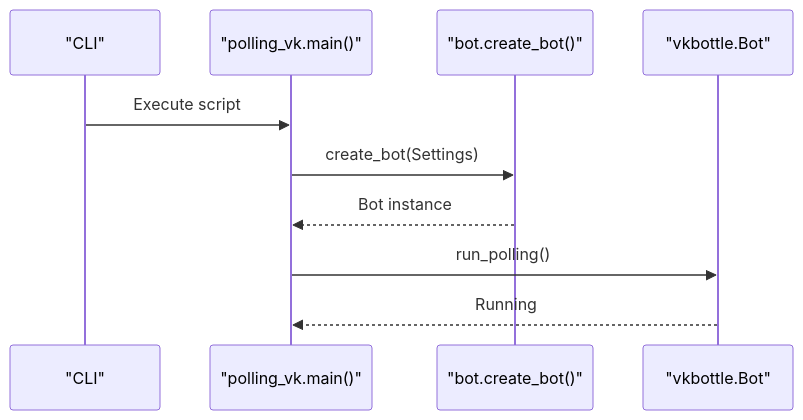
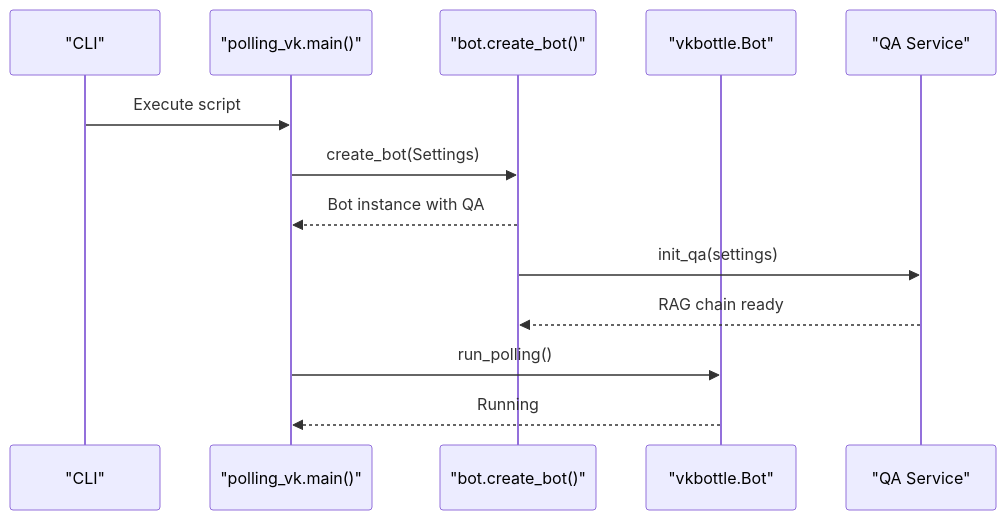
Before and after one commit to ognelis/cafetera_hr_bot: the ninth of 10 diagrams in .qoder/repowiki/en/content/VK Integration/VK Integration.md, drawn with Mermaid. The commit also changed other lines of this file and 8 other files, not shown here.

````diff
--- a/.qoder/repowiki/en/content/VK Integration/VK Integration.md
+++ b/.qoder/repowiki/en/content/VK Integration/VK Integration.md
@@ -269,12 +418,15 @@
 ```mermaid
 sequenceDiagram
 participant CLI as "CLI"
 participant Runner as "polling_vk.main()"
 participant Factory as "bot.create_bot()"
 participant Bot as "vkbottle.Bot"
+participant QA as "QA Service"
 CLI->>Runner : Execute script
 Runner->>Factory : create_bot(Settings)
-Factory-->>Runner : Bot instance
+Factory-->>Runner : Bot instance with QA
+Factory->>QA : init_qa(settings)
+QA-->>Factory : RAG chain ready
 Runner->>Bot : run_polling()
 Bot-->>Runner : Running
 ```
````
